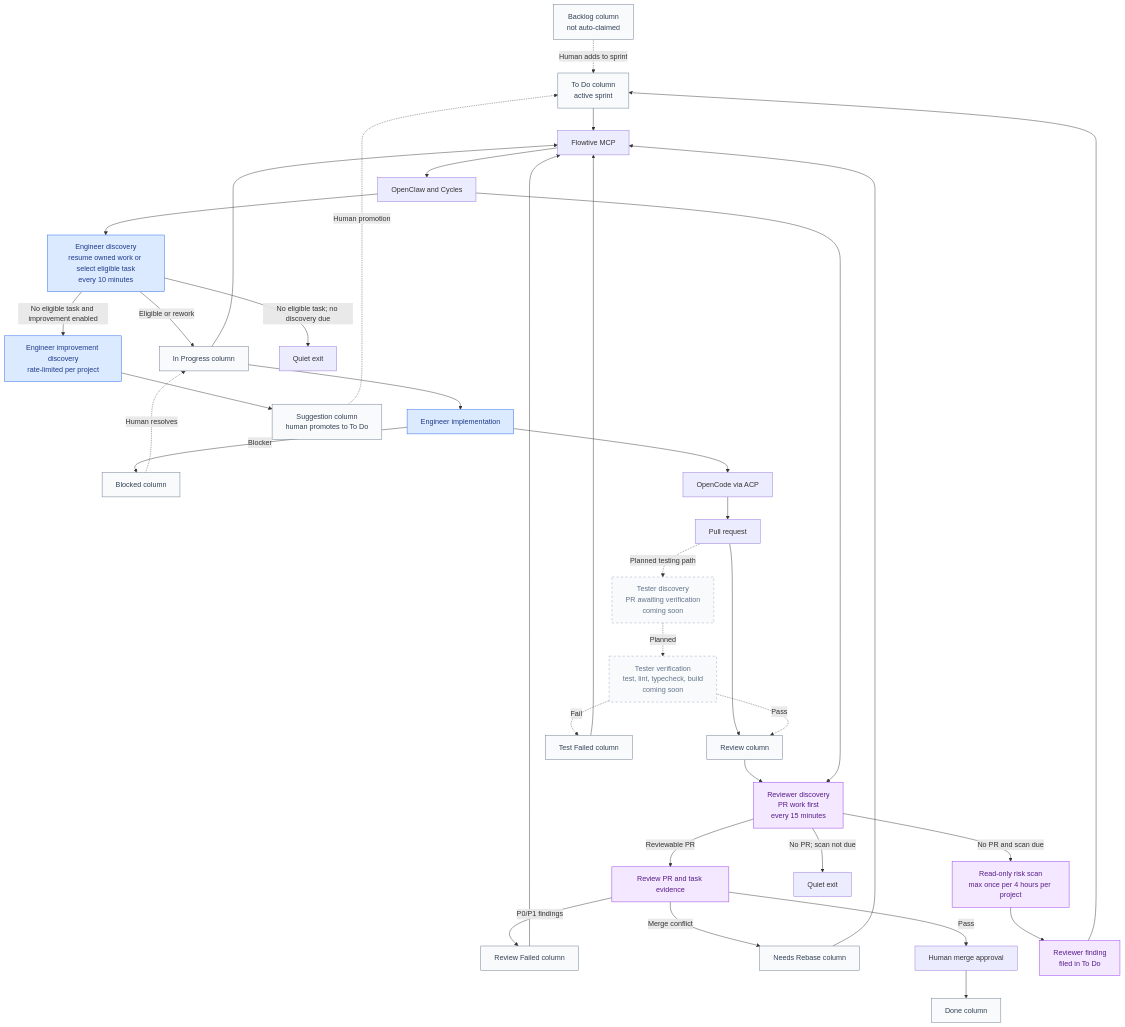
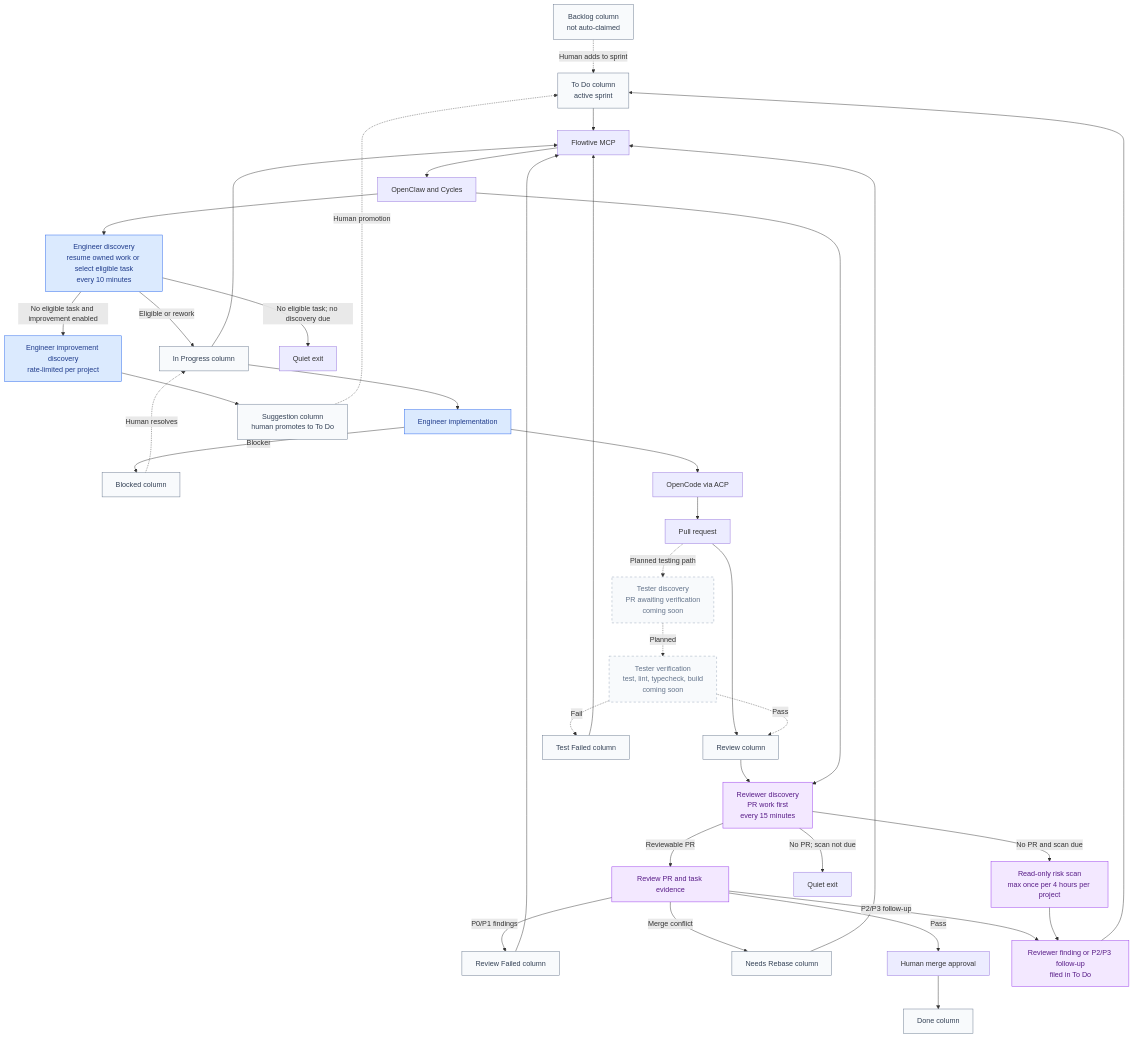
One commit to programmerlapar/programmerlapar changed the diagram in README.md. Above: the diagram before and after it, drawn with Mermaid.

Commit message:
Clarify Cycles review outcomes

````diff
--- a/README.md
+++ b/README.md
@@ -17,56 +17,57 @@
 ```mermaid
 flowchart TB
     B[Backlog column\nnot auto-claimed]:::column
     T[To Do column\nactive sprint]:::column
     IP[In Progress column]:::column
     RV[Review column]:::column
     RF[Review Failed column]:::column
     NR[Needs Rebase column]:::column
     TF[Test Failed column]:::column
     BL[Blocked column]:::column
     D[Done column]:::column
 
     B -. Human adds to sprint .-> T
     T --> M[Flowtive MCP]
     IP --> M
     RF --> M
     NR --> M
     TF --> M
     M --> O[OpenClaw and Cycles]
 
     O --> ED[Engineer discovery\nresume owned work or select eligible task\nevery 10 minutes]:::engineer
     ED -->|Eligible or rework| IP
     IP --> E[Engineer implementation]:::engineer
     E --> A[OpenCode via ACP]
     A --> P[Pull request]
     P --> RV
     E -->|Blocker| BL
     BL -. Human resolves .-> IP
 
     ED -->|No eligible task and improvement enabled| ID[Engineer improvement discovery\nrate-limited per project]:::engineer
     ID --> S[Suggestion column\nhuman promotes to To Do]:::column
     S -. Human promotion .-> T
     ED -->|No eligible task; no discovery due| EQ[Quiet exit]
 
     RV --> RD[Reviewer discovery\nPR work first\nevery 15 minutes]:::reviewer
     O --> RD
     RD -->|Reviewable PR| R[Review PR and task evidence]:::reviewer
     R -->|Pass| H[Human merge approval]
     H --> D
     R -->|P0/P1 findings| RF
     R -->|Merge conflict| NR
+    R -->|P2/P3 follow-up| F
     RD -->|No PR and scan due| I[Read-only risk scan\nmax once per 4 hours per project]:::reviewer
-    I --> F[Reviewer finding\nfiled in To Do]:::reviewer
+    I --> F[Reviewer finding or P2/P3 follow-up\nfiled in To Do]:::reviewer
     F --> T
     RD -->|No PR; scan not due| RQ[Quiet exit]
 
     P -. Planned testing path .-> TD[Tester discovery\nPR awaiting verification\ncoming soon]:::tester
     TD -. Planned .-> TV[Tester verification\ntest, lint, typecheck, build\ncoming soon]:::tester
     TV -. Pass .-> RV
     TV -. Fail .-> TF
 
     classDef column fill:#f8fafc,stroke:#64748b,color:#334155;
     classDef engineer fill:#dbeafe,stroke:#2563eb,color:#1e3a8a;
     classDef reviewer fill:#f3e8ff,stroke:#9333ea,color:#581c87;
     classDef tester fill:#f8fafc,stroke:#94a3b8,stroke-dasharray: 5 5,color:#64748b;
 ```
````
